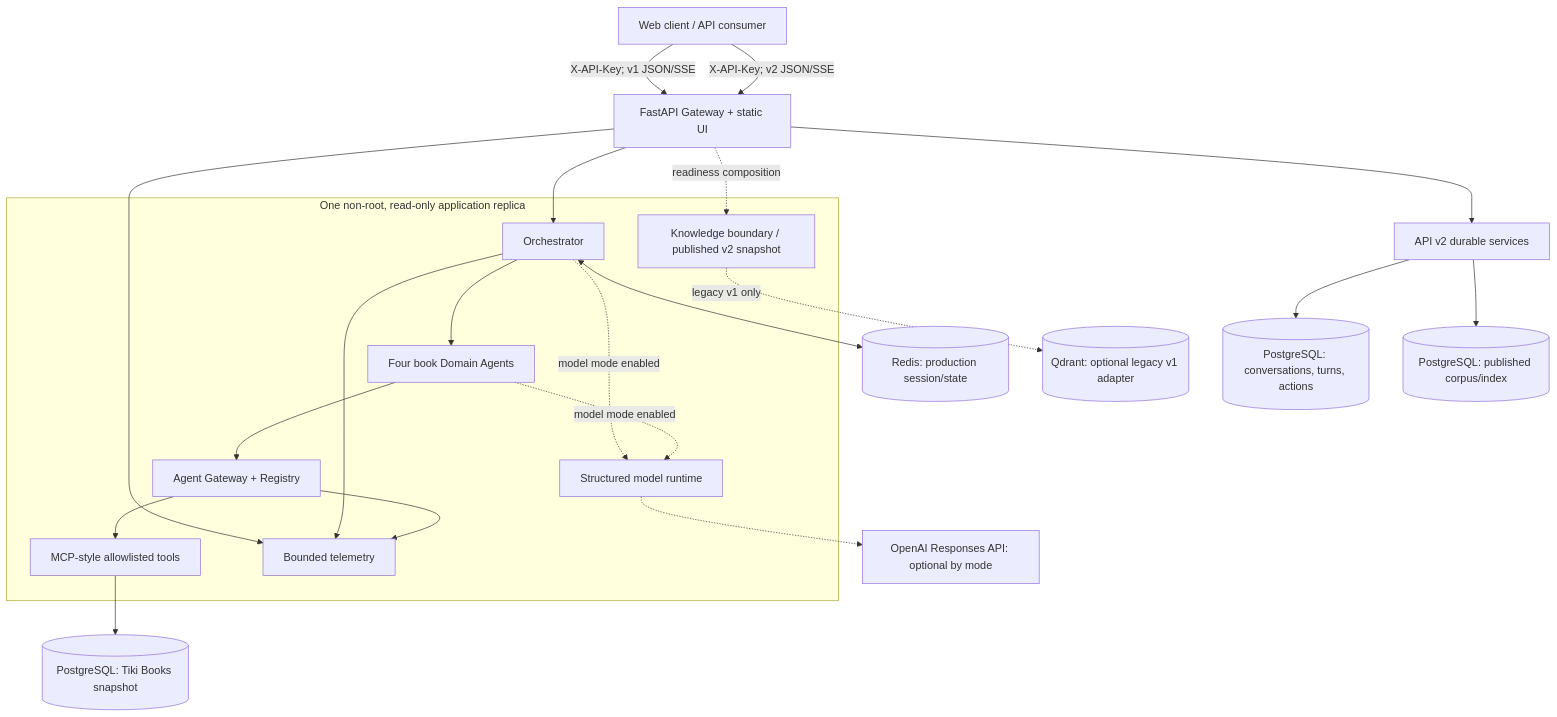
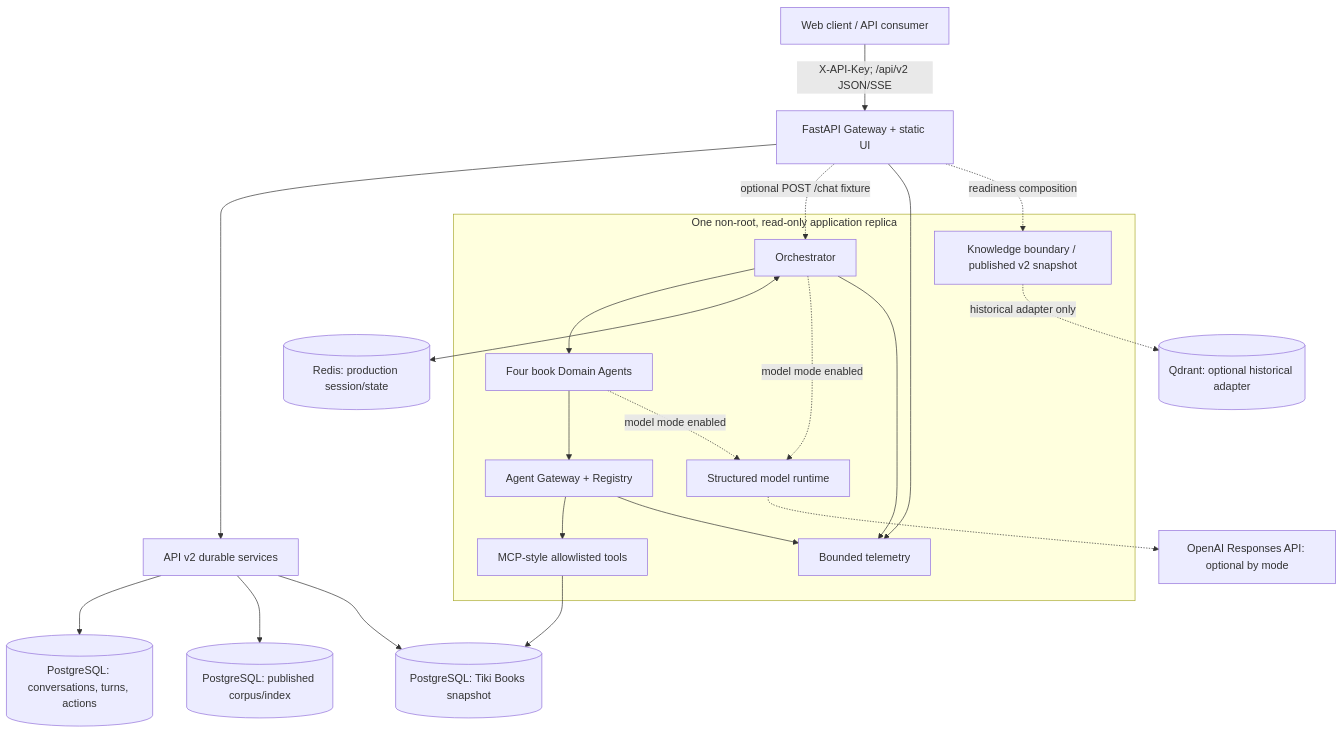
One commit to Thanh281105/multi-agent-system changed the first of 2 diagrams in docs/architecture.md. Above: the diagram before and after it, drawn with Mermaid. The commit also changed other lines of this file and 26 other files, not shown here.

````diff
--- a/docs/architecture.md
+++ b/docs/architecture.md
@@ -37,32 +39,33 @@
 ```mermaid
 flowchart TB
     C[Web client / API consumer]
     G[FastAPI Gateway + static UI]
 
     subgraph APP[One non-root, read-only application replica]
         O[Orchestrator]
         D[Four book Domain Agents]
         A[Agent Gateway + Registry]
         T[MCP-style allowlisted tools]
         L[Structured model runtime]
         M[Bounded telemetry]
         K[Knowledge boundary / published v2 snapshot]
     end
 
     PG[(PostgreSQL: Tiki Books snapshot)]
     R[(Redis: production session/state)]
     OA[OpenAI Responses API: optional by mode]
-    Q[(Qdrant: optional legacy v1 adapter)]
+    Q[(Qdrant: optional historical adapter)]
     V2[API v2 durable services]
     C2[(PostgreSQL: conversations, turns, actions)]
     I2[(PostgreSQL: published corpus/index)]
 
-    C -->|X-API-Key; v1 JSON/SSE| G --> O --> D --> A --> T --> PG
-    C -->|X-API-Key; v2 JSON/SSE| G --> V2 --> C2
+    C -->|X-API-Key; /api/v2 JSON/SSE| G --> V2 --> C2
     V2 --> I2
+    V2 --> PG
+    G -. optional POST /chat fixture .-> O --> D --> A --> T --> PG
     O <--> R
     O & D -. model mode enabled .-> L -.-> OA
     G & O & A --> M
     G -. readiness composition .-> K
-    K -. legacy v1 only .-> Q
+    K -. historical adapter only .-> Q
 ```
````
